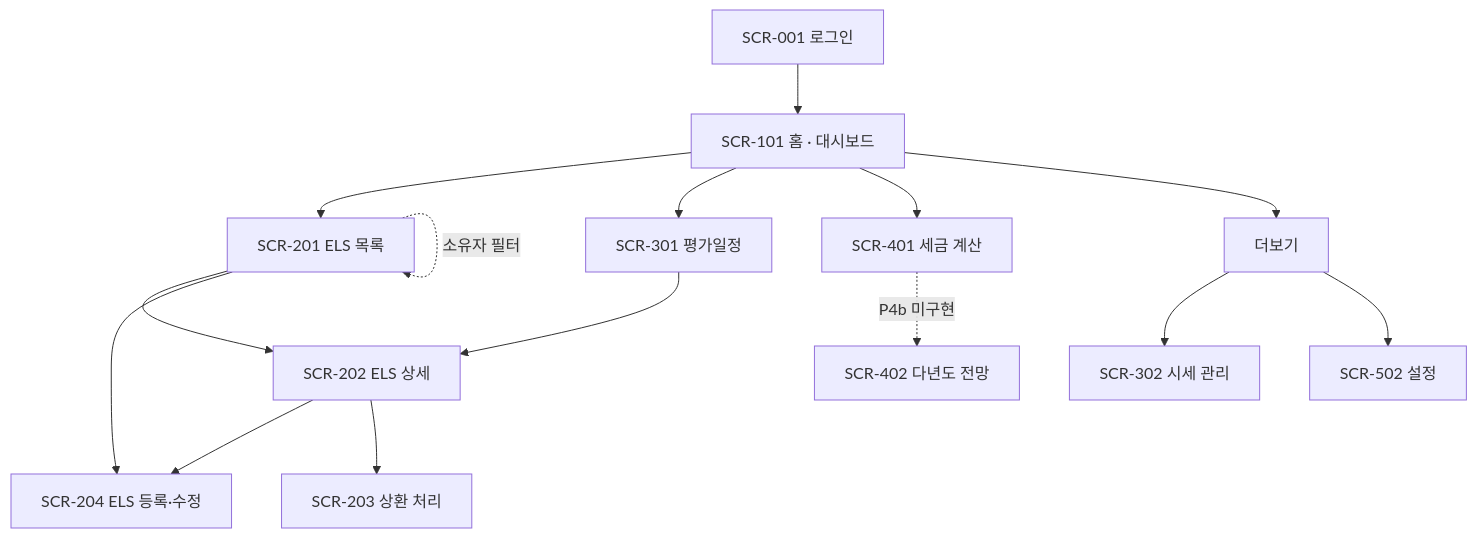
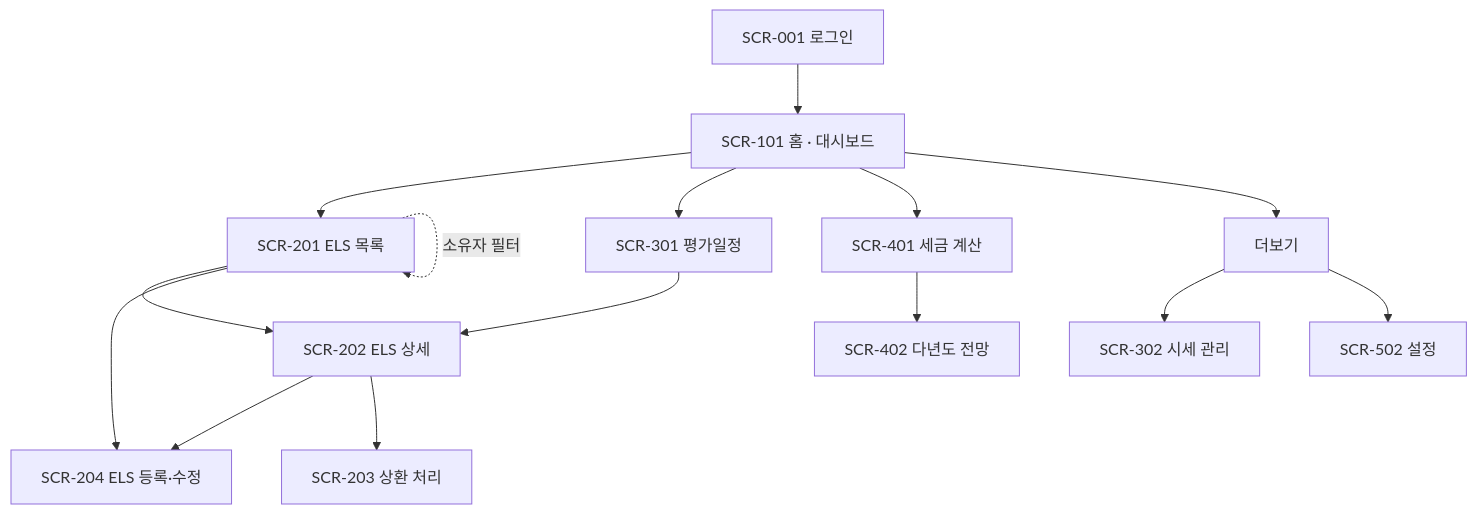
The diagram in docs/08_정보구조_및_화면목록.md (hellinii/els-manager), drawn with Mermaid before and after one commit. The commit also changed other lines of this file and 5 other files, not shown here.

````diff
--- a/docs/08_정보구조_및_화면목록.md
+++ b/docs/08_정보구조_및_화면목록.md
@@ -64,23 +65,23 @@
 ```mermaid
 graph TD
     L[SCR-001 로그인]
     L --> H[SCR-101 홈 · 대시보드]
 
     H --> P[SCR-201 ELS 목록]
     P --> PD[SCR-202 ELS 상세]
     P --> PN[SCR-204 ELS 등록·수정]
     PD --> PN
     PD --> PR[SCR-203 상환 처리]
 
     H --> S[SCR-301 평가일정]
     S --> PD
 
     H --> T[SCR-401 세금 계산]
-    T -.->|P4b 미구현| F[SCR-402 다년도 전망]
+    T --> F[SCR-402 다년도 전망]
 
     H --> M[더보기]
     M --> PR2[SCR-302 시세 관리]
     M --> ST[SCR-502 설정]
 
     P -.->|소유자 필터| P
 ```
````
